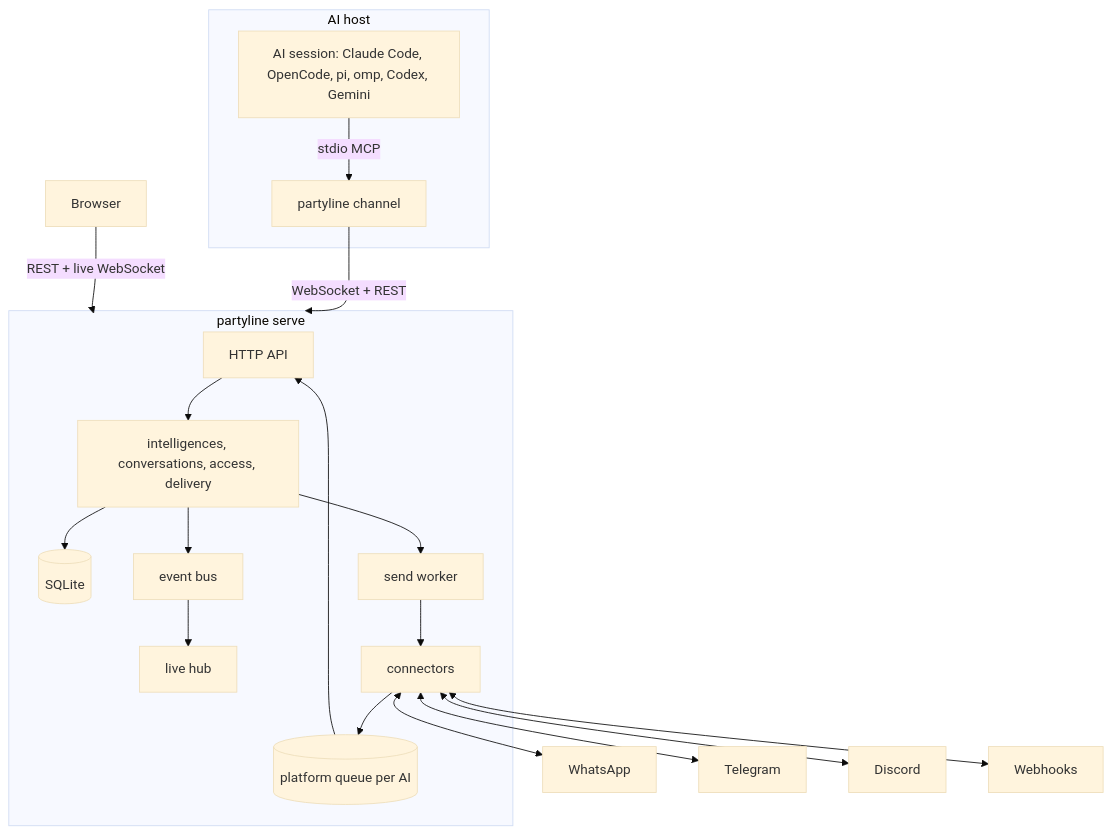
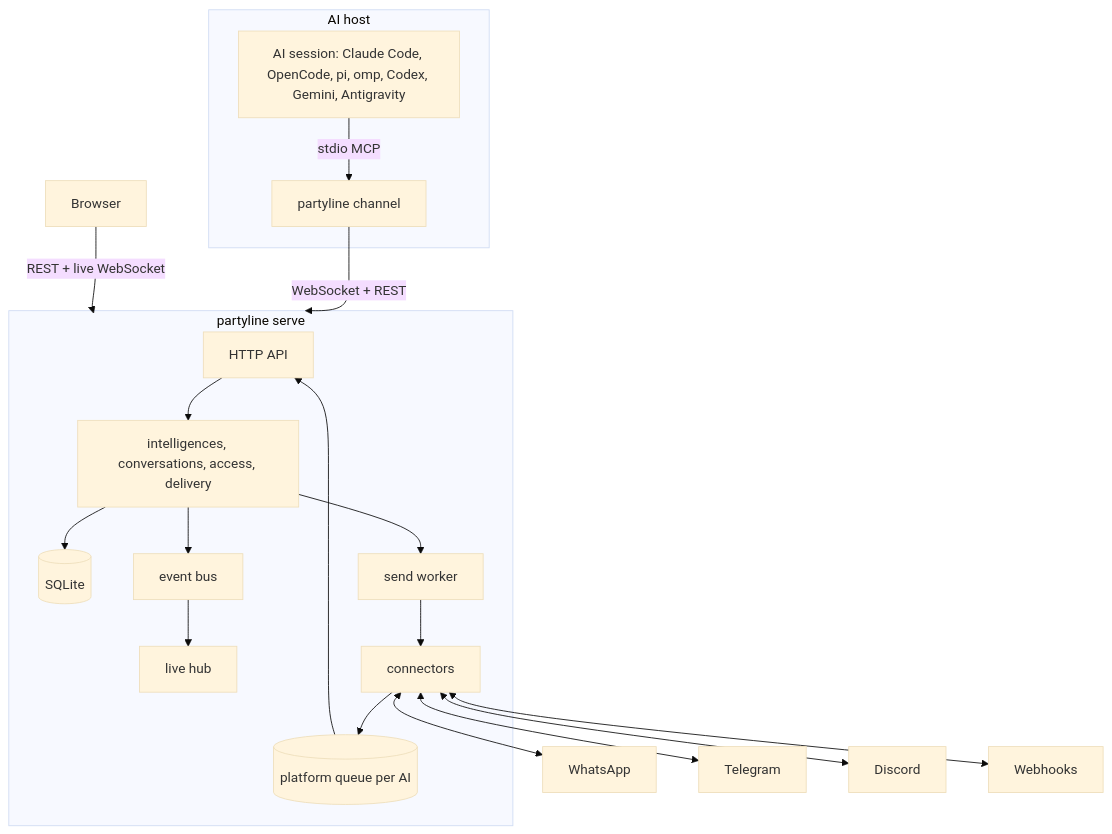
One commit to wnexous/partyline changed the diagram in README.md. Above: the diagram before and after it, drawn with Mermaid (base theme). The commit also changed other lines of this file and 3 other files, not shown here.

First line of the commit message:
docs: add Antigravity CLI and move Gemini individuals to agy

````diff
--- a/README.md
+++ b/README.md
@@ -60,19 +60,19 @@
 ```mermaid
 graph TD
   subgraph AI host
-    CC[AI session: Claude Code, OpenCode, pi, omp, Codex, Gemini] -- stdio MCP --> CH[partyline channel]
+    CC[AI session: Claude Code, OpenCode, pi, omp, Codex, Gemini, Antigravity] -- stdio MCP --> CH[partyline channel]
   end
   CH -- WebSocket + REST --> SRV
   Browser -- REST + live WebSocket --> SRV
   subgraph SRV[partyline serve]
     API[HTTP API] --> SVC[intelligences, conversations, access, delivery]
     SVC --> DB[(SQLite)]
     SVC --> BUS[event bus]
     BUS --> LIVE[live hub]
     CON[connectors] --> Q[(platform queue per AI)]
     Q --> API
     SVC --> SEND[send worker]
     SEND --> CON
   end
   CON <--> WA[WhatsApp] & TG[Telegram] & DC[Discord] & WH[Webhooks]
 ```
````
